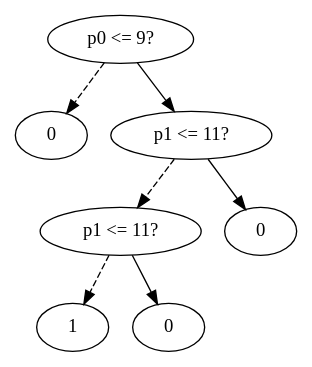
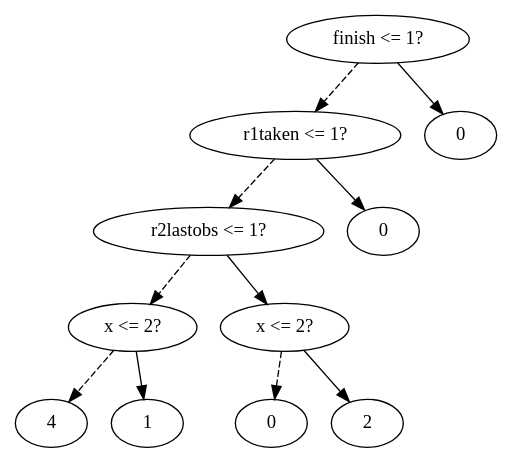
One commit to linusheck/molehill changed the diagram in mtbdd.dot. Above: the diagram before and after it, drawn with Graphviz. The commit also changed 3 other files, not shown here.

```diff
--- a/mtbdd.dot
+++ b/mtbdd.dot
@@ -1,14 +1,22 @@
-digraph G {rankdir=TB;0 [label="p0 <= 9?"];
+digraph G {rankdir=TB;0 [label="finish <= 1?"];
 0 -> 1 [style=dashed];
 0 -> 2;
-1 [label="0"];
-2 [label="p1 <= 11?"];
-2 -> 5 [style=dashed];
-2 -> 6;
-5 [label="p1 <= 11?"];
-5 -> 11 [style=dashed];
-5 -> 12;
-11 [label="1"];
-12 [label="0"];
-6 [label="0"];
+1 [label="r1taken <= 1?"];
+1 -> 3 [style=dashed];
+1 -> 4;
+3 [label="r2lastobs <= 1?"];
+3 -> 7 [style=dashed];
+3 -> 8;
+7 [label="x <= 2?"];
+7 -> 15 [style=dashed];
+7 -> 16;
+15 [label="4"];
+16 [label="1"];
+8 [label="x <= 2?"];
+8 -> 17 [style=dashed];
+8 -> 18;
+17 [label="0"];
+18 [label="2"];
+4 [label="0"];
+2 [label="0"];
 }
```
